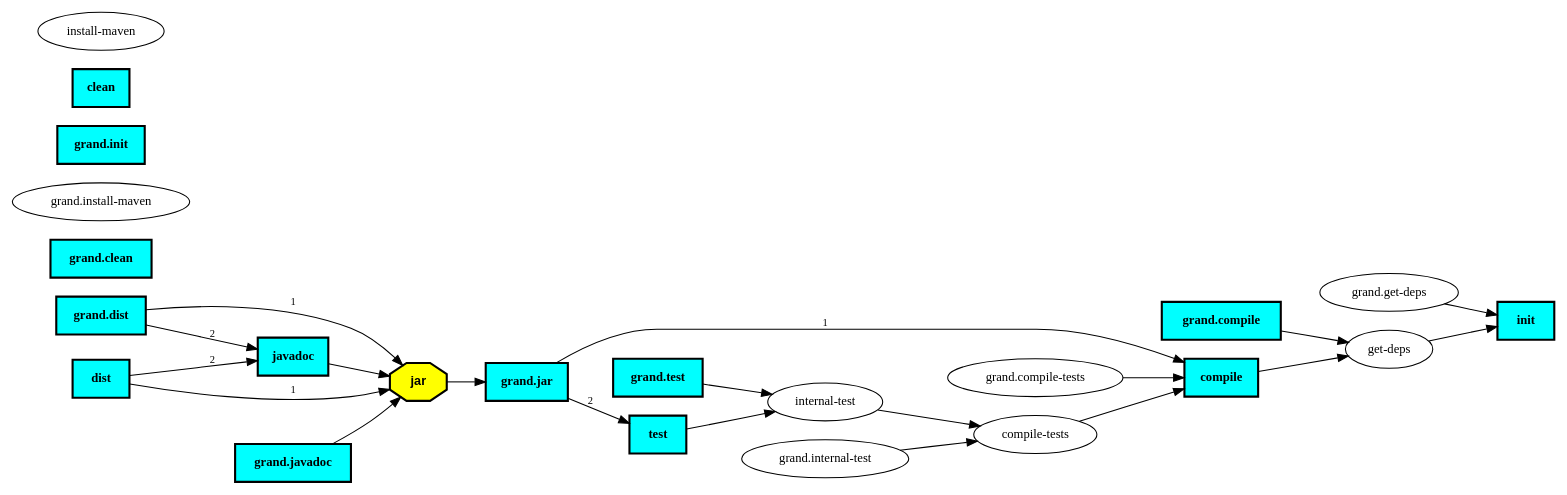
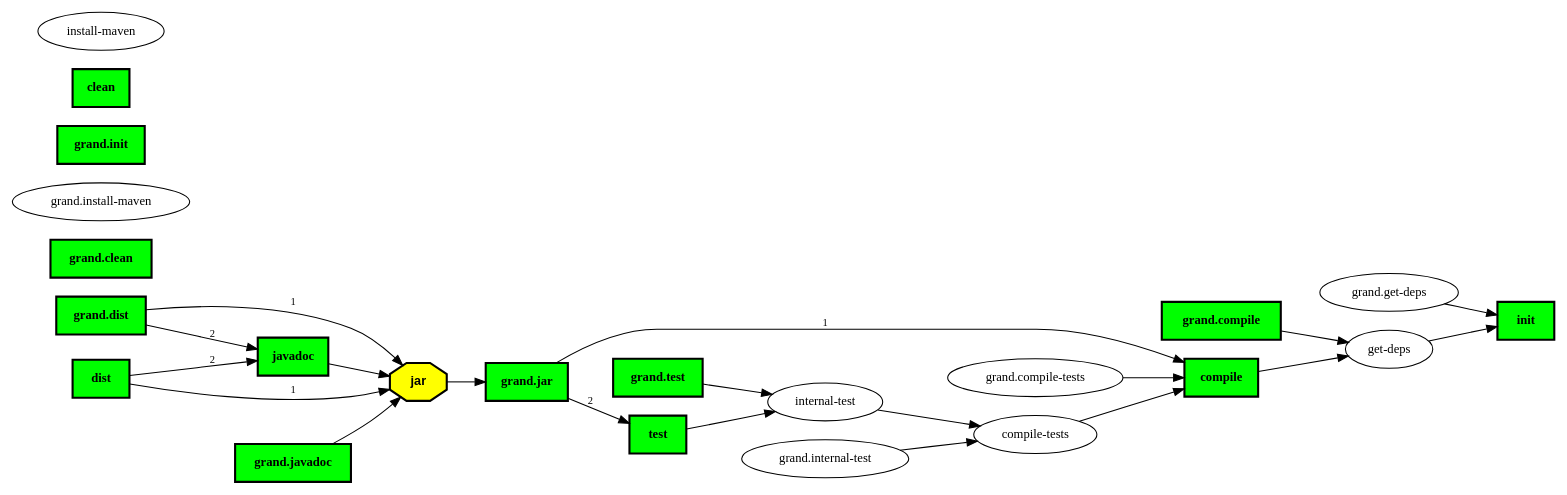
Before and after one commit to Ant-Grand/Grand: the diagram in src/etc/testcases/build-import.dot, drawn with Graphviz. The commit also changed 6 other files, not shown here.

Commit message:
Use standard colour names, replace cyan with milder lime

```diff
--- a/src/etc/testcases/build-import.dot
+++ b/src/etc/testcases/build-import.dot
@@ -1,68 +1,68 @@
 digraph "Importer" {
 graph [rankdir="LR"];
 node [fontsize="12"];
 edge [fontsize="10"];
 "jar" [shape=octagon,fillcolor="yellow",style="filled,bold",fontname="Helvetica-Bold"];
 "jar" -> "grand.jar";
 
-"grand.clean" [shape=box,fillcolor="cyan",style="filled,bold",fontname="Times-Bold",comment="o Clean up the generated directories"];
+"grand.clean" [shape=box,fillcolor="lime",style="filled,bold",fontname="Times-Bold",comment="o Clean up the generated directories"];
 
-"javadoc" [shape=box,fillcolor="cyan",style="filled,bold",fontname="Times-Bold",comment="o Generate javadoc"];
+"javadoc" [shape=box,fillcolor="lime",style="filled,bold",fontname="Times-Bold",comment="o Generate javadoc"];
 "javadoc" -> "jar";
 
 "compile-tests"
 "compile-tests" -> "compile";
 
 "grand.install-maven"
 
-"compile" [shape=box,fillcolor="cyan",style="filled,bold",fontname="Times-Bold",comment="o Compile the code"];
+"compile" [shape=box,fillcolor="lime",style="filled,bold",fontname="Times-Bold",comment="o Compile the code"];
 "compile" -> "get-deps";
 
 "internal-test"
 "internal-test" -> "compile-tests";
 
 "get-deps"
 "get-deps" -> "init";
 
-"grand.compile" [shape=box,fillcolor="cyan",style="filled,bold",fontname="Times-Bold",comment="o Compile the code"];
+"grand.compile" [shape=box,fillcolor="lime",style="filled,bold",fontname="Times-Bold",comment="o Compile the code"];
 "grand.compile" -> "get-deps";
 
-"grand.dist" [shape=box,fillcolor="cyan",style="filled,bold",fontname="Times-Bold",comment="o Create a distribution"];
+"grand.dist" [shape=box,fillcolor="lime",style="filled,bold",fontname="Times-Bold",comment="o Create a distribution"];
 "grand.dist" -> "jar" [label="1"];
 "grand.dist" -> "javadoc" [label="2"];
 
-"dist" [shape=box,fillcolor="cyan",style="filled,bold",fontname="Times-Bold",comment="o Create a distribution"];
+"dist" [shape=box,fillcolor="lime",style="filled,bold",fontname="Times-Bold",comment="o Create a distribution"];
 "dist" -> "jar" [label="1"];
 "dist" -> "javadoc" [label="2"];
 
-"grand.init" [shape=box,fillcolor="cyan",style="filled,bold",fontname="Times-Bold",comment="o Initializes some properties"];
+"grand.init" [shape=box,fillcolor="lime",style="filled,bold",fontname="Times-Bold",comment="o Initializes some properties"];
 
 "grand.get-deps"
 "grand.get-deps" -> "init";
 
-"clean" [shape=box,fillcolor="cyan",style="filled,bold",fontname="Times-Bold",comment="o Clean up the generated directories"];
+"clean" [shape=box,fillcolor="lime",style="filled,bold",fontname="Times-Bold",comment="o Clean up the generated directories"];
 
-"grand.test" [shape=box,fillcolor="cyan",style="filled,bold",fontname="Times-Bold",comment="o Run the test cases"];
+"grand.test" [shape=box,fillcolor="lime",style="filled,bold",fontname="Times-Bold",comment="o Run the test cases"];
 "grand.test" -> "internal-test";
 
-"init" [shape=box,fillcolor="cyan",style="filled,bold",fontname="Times-Bold",comment="o Initializes some properties"];
+"init" [shape=box,fillcolor="lime",style="filled,bold",fontname="Times-Bold",comment="o Initializes some properties"];
 
 "grand.compile-tests"
 "grand.compile-tests" -> "compile";
 
-"test" [shape=box,fillcolor="cyan",style="filled,bold",fontname="Times-Bold",comment="o Run the test cases"];
+"test" [shape=box,fillcolor="lime",style="filled,bold",fontname="Times-Bold",comment="o Run the test cases"];
 "test" -> "internal-test";
 
 "install-maven"
 
 "grand.internal-test"
 "grand.internal-test" -> "compile-tests";
 
-"grand.javadoc" [shape=box,fillcolor="cyan",style="filled,bold",fontname="Times-Bold",comment="o Generate javadoc"];
+"grand.javadoc" [shape=box,fillcolor="lime",style="filled,bold",fontname="Times-Bold",comment="o Generate javadoc"];
 "grand.javadoc" -> "jar";
 
-"grand.jar" [shape=box,fillcolor="cyan",style="filled,bold",fontname="Times-Bold",comment="o Create the jar"];
+"grand.jar" [shape=box,fillcolor="lime",style="filled,bold",fontname="Times-Bold",comment="o Create the jar"];
 "grand.jar" -> "compile" [label="1"];
 "grand.jar" -> "test" [label="2"];
 
 }
```
